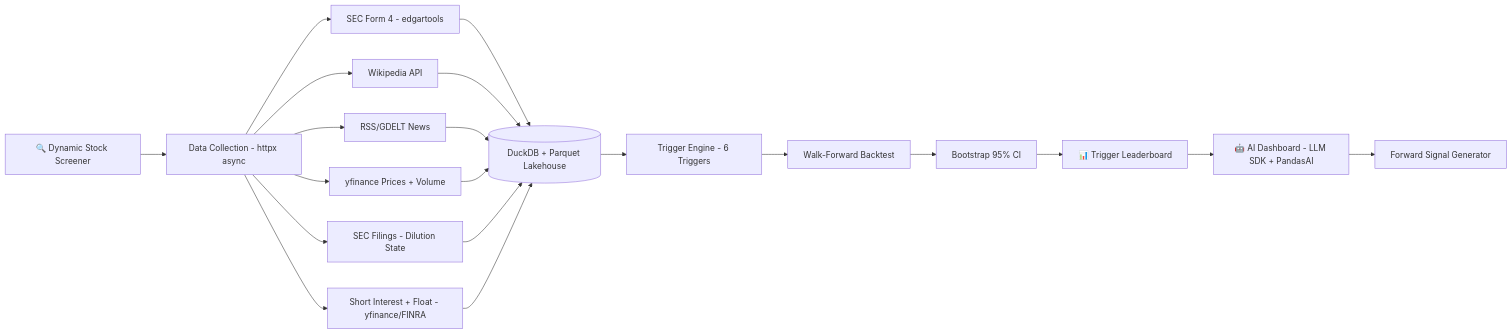
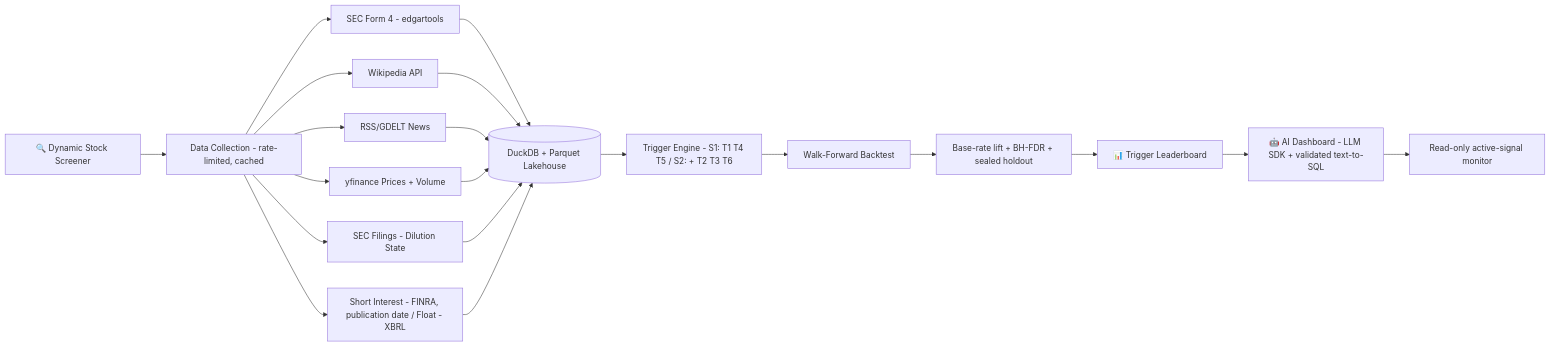
The second of 2 diagrams in project_scopes/AFC/ATTENTION_FLOW_CATALYST_SCOPE_v9_0.md (manuel-reyes-ml/data-portfolio), drawn with Mermaid before and after one commit. The commit also changed other lines of this file, not shown here.

````diff
--- a/project_scopes/AFC/ATTENTION_FLOW_CATALYST_SCOPE_v9_0.md
+++ b/project_scopes/AFC/ATTENTION_FLOW_CATALYST_SCOPE_v9_0.md
@@ -1425,17 +1188,17 @@
 ```mermaid
 flowchart LR
-    A[🔍 Dynamic Stock Screener] --> B[Data Collection - httpx async]
+    A[🔍 Dynamic Stock Screener] --> B[Data Collection - rate-limited, cached]
     B --> B1[SEC Form 4 - edgartools]
     B --> B2[Wikipedia API]
     B --> B3[RSS/GDELT News]
     B --> B4[yfinance Prices + Volume]
     B --> B5[SEC Filings - Dilution State]
-    B --> B6[Short Interest + Float - yfinance/FINRA]
+    B --> B6[Short Interest - FINRA, publication date / Float - XBRL]
     B1 & B2 & B3 & B4 & B5 & B6 --> C[(DuckDB + Parquet Lakehouse)]
-    C --> D[Trigger Engine - 6 Triggers]
+    C --> D[Trigger Engine - S1: T1 T4 T5 / S2: + T2 T3 T6]
     D --> E[Walk-Forward Backtest]
-    E --> F[Bootstrap 95% CI]
+    E --> F[Base-rate lift + BH-FDR + sealed holdout]
     F --> G[📊 Trigger Leaderboard]
-    G --> H[🤖 AI Dashboard - LLM SDK + PandasAI]
-    H --> I[Forward Signal Generator]
+    G --> H[🤖 AI Dashboard - LLM SDK + validated text-to-SQL]
+    H --> I[Read-only active-signal monitor]
 ```
````
